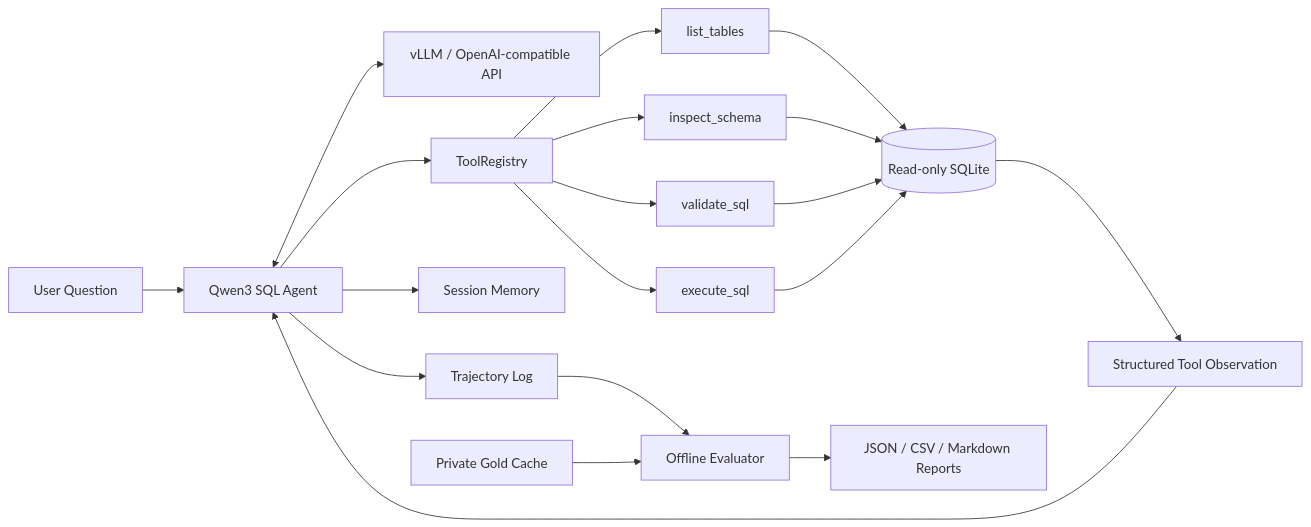
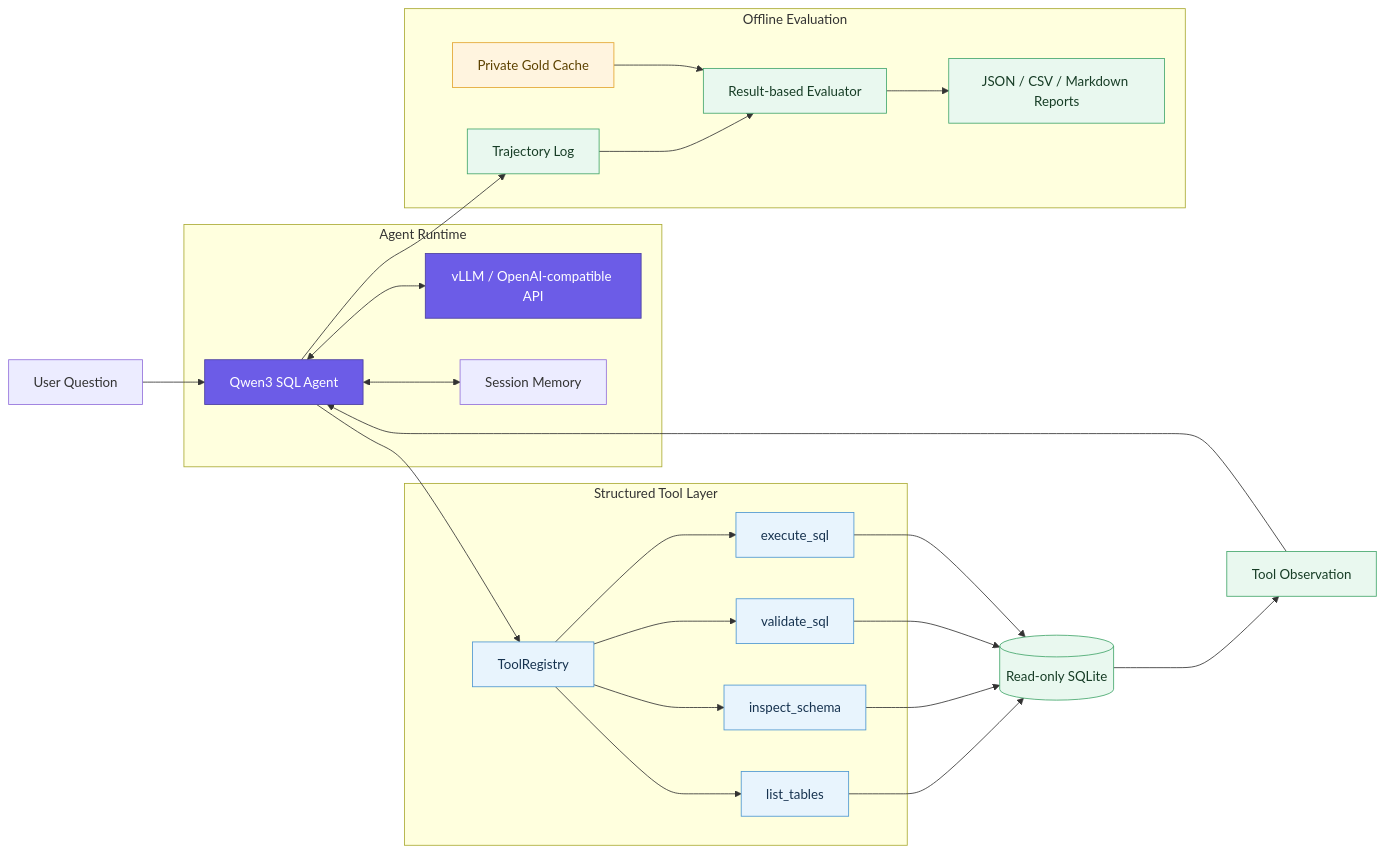
Before and after one commit to zbwsth/execsql-agent: the diagram in README.md, drawn with Mermaid. The commit also changed other lines of this file, not shown here.

````diff
--- a/README.md
+++ b/README.md
@@ -100,25 +147,53 @@
 ```mermaid
 flowchart LR
-    Q[User Question] --> A[Qwen3 SQL Agent]
-    A <--> L[vLLM / OpenAI-compatible API]
-    A --> R[ToolRegistry]
+    Q[User Question] --> A
 
-    R --> T1[list_tables]
-    R --> T2[inspect_schema]
-    R --> T3[validate_sql]
-    R --> T4[execute_sql]
+    subgraph Runtime["Agent Runtime"]
+        A[Qwen3 SQL Agent]
+        L[vLLM / OpenAI-compatible API]
+        M[Session Memory]
+        A <--> L
+        A <--> M
+    end
 
+    subgraph Tools["Structured Tool Layer"]
+        R[ToolRegistry]
+        T1[list_tables]
+        T2[inspect_schema]
+        T3[validate_sql]
+        T4[execute_sql]
+        R --> T1
+        R --> T2
+        R --> T3
+        R --> T4
+    end
+
+    A --> R
     T1 --> DB[(Read-only SQLite)]
     T2 --> DB
     T3 --> DB
     T4 --> DB
-
-    DB --> O[Structured Tool Observation]
+    DB --> O[Tool Observation]
     O --> A
 
-    A --> M[Session Memory]
-    A --> TL[Trajectory Log]
-    TL --> E[Offline Evaluator]
-    GC[Private Gold Cache] --> E
-    E --> RP[JSON / CSV / Markdown Reports]
+    subgraph Evaluation["Offline Evaluation"]
+        TL[Trajectory Log]
+        GC[Private Gold Cache]
+        E[Result-based Evaluator]
+        RP[JSON / CSV / Markdown Reports]
+        TL --> E
+        GC --> E
+        E --> RP
+    end
+
+    A --> TL
+
+    classDef model fill:#6c5ce7,color:#fff,stroke:#4b3f9f;
+    classDef tool fill:#e8f4fd,color:#16324f,stroke:#4d96d1;
+    classDef data fill:#e9f8ef,color:#173d26,stroke:#43a66b;
+    classDef private fill:#fff4df,color:#5d4200,stroke:#e3a52f;
+    class A,L model;
+    class R,T1,T2,T3,T4 tool;
+    class DB,O,TL,E,RP data;
+    class GC private;
 ```
````
